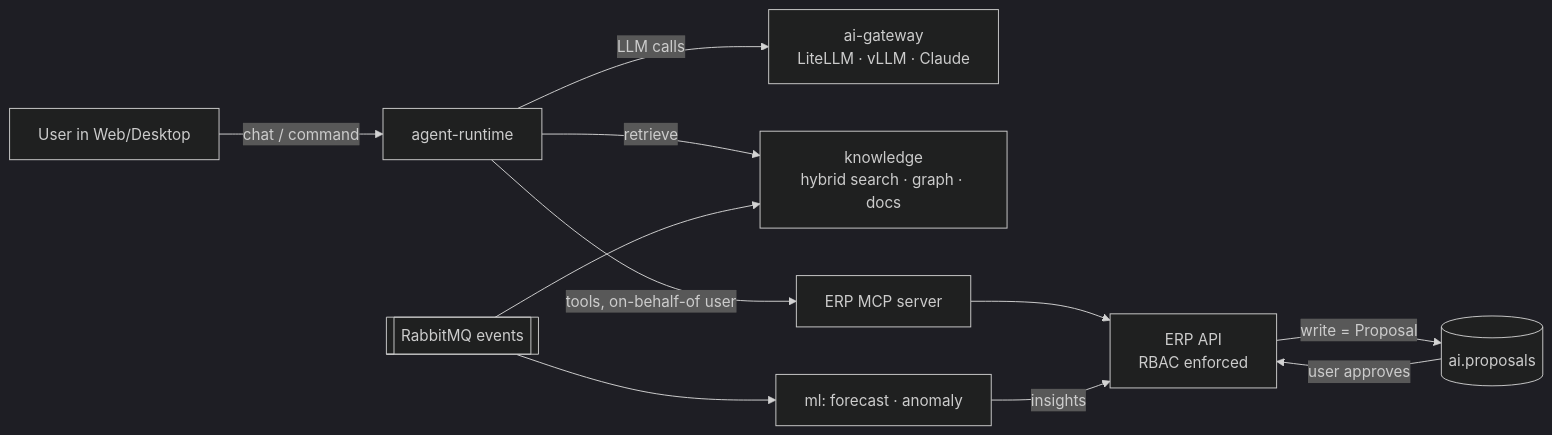
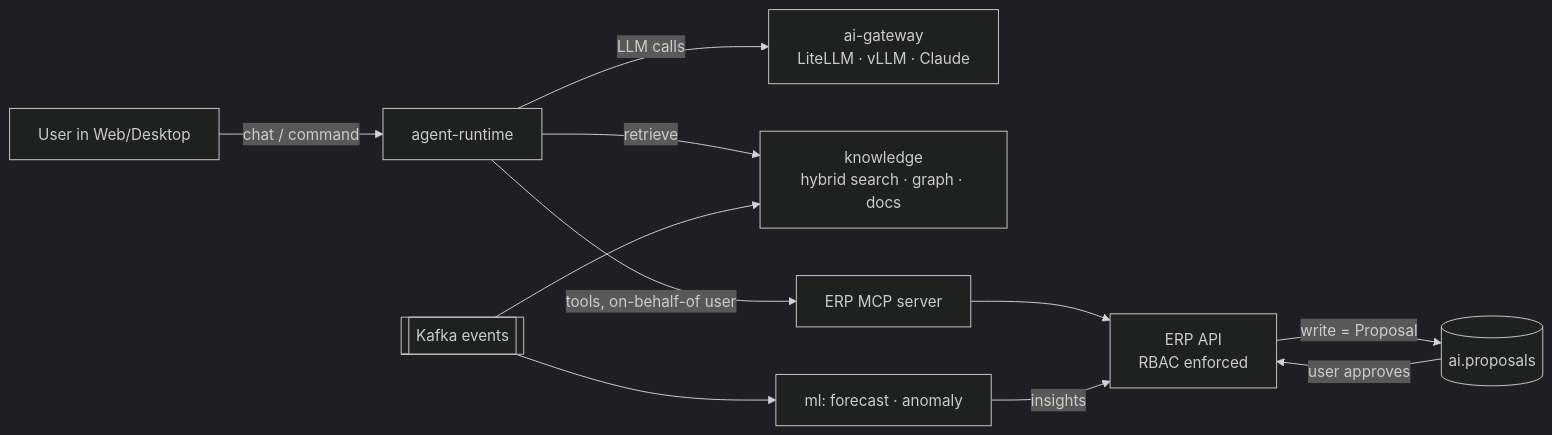
One commit to shahram-tabasi/Simorgh-ERP changed the eighth of 8 diagrams in docs/architecture/SIMORGH-ERP-Enterprise-Architecture-v1.0.md. Above: the diagram before and after it, drawn with Mermaid (dark theme). The commit also changed other lines of this file and 19 other files, not shown here.

````diff
--- a/docs/architecture/SIMORGH-ERP-Enterprise-Architecture-v1.0.md
+++ b/docs/architecture/SIMORGH-ERP-Enterprise-Architecture-v1.0.md
@@ -1106,13 +1107,13 @@
 ```mermaid
 flowchart LR
   U[User in Web/Desktop] -->|chat / command| AR[agent-runtime]
   AR -->|LLM calls| GW[ai-gateway<br/>LiteLLM · vLLM · Claude]
   AR -->|retrieve| KN[knowledge<br/>hybrid search · graph · docs]
   AR -->|tools, on-behalf-of user| MCP[ERP MCP server]
   MCP --> API[ERP API<br/>RBAC enforced]
   API -->|write = Proposal| PR[(ai.proposals)]
   PR -->|user approves| API
-  EV[[RabbitMQ events]] --> KN
+  EV[[Kafka events]] --> KN
   EV --> ML[ml: forecast · anomaly]
   ML -->|insights| API
 ```
````
